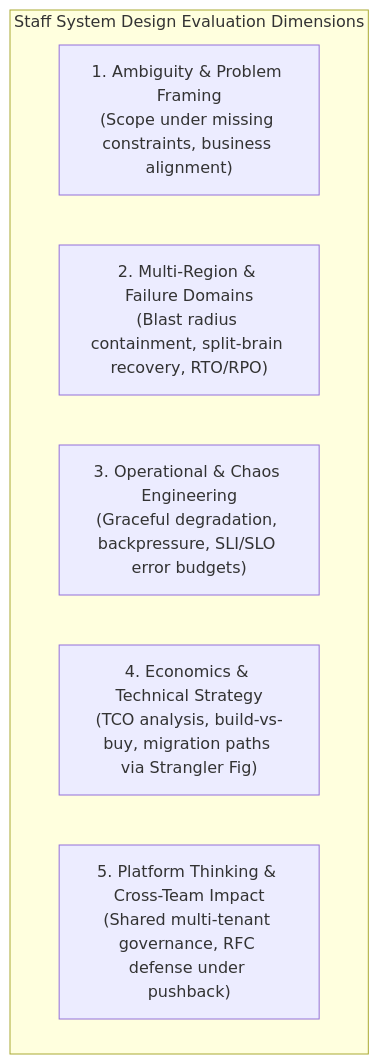
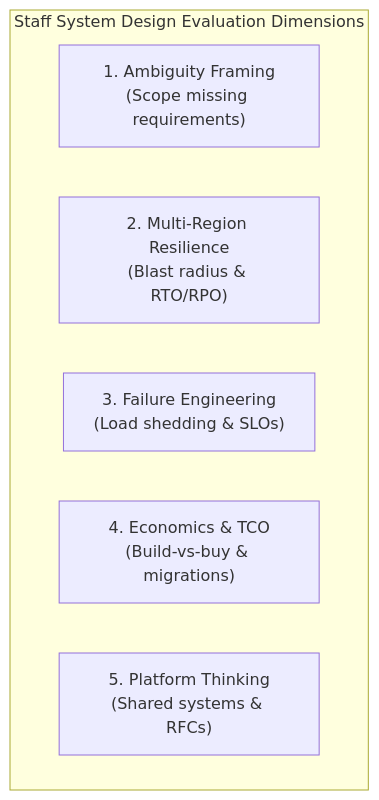
Before and after one commit to Sourav108/strivers-lld: the diagram in strivers-hld/README.md, drawn with Mermaid. The commit also changed 39 other files, not shown here.

Commit message:
fix(mermaid): wrap node labels, simplify diamonds, and reformat wide diagrams for perfect GitHub rendering

````diff
--- a/strivers-hld/README.md
+++ b/strivers-hld/README.md
@@ -14,10 +14,10 @@
 ```mermaid
 flowchart TD
     subgraph StaffSignals["Staff System Design Evaluation Dimensions"]
-        A["1. Ambiguity & Problem Framing<br/>(Scope under missing constraints, business alignment)"]
-        B["2. Multi-Region & Failure Domains<br/>(Blast radius containment, split-brain recovery, RTO/RPO)"]
-        C["3. Operational & Chaos Engineering<br/>(Graceful degradation, backpressure, SLI/SLO error budgets)"]
-        D["4. Economics & Technical Strategy<br/>(TCO analysis, build-vs-buy, migration paths via Strangler Fig)"]
-        E["5. Platform Thinking & Cross-Team Impact<br/>(Shared multi-tenant governance, RFC defense under pushback)"]
+        A["1. Ambiguity Framing<br/>(Scope missing requirements)"]
+        B["2. Multi-Region Resilience<br/>(Blast radius & RTO/RPO)"]
+        C["3. Failure Engineering<br/>(Load shedding & SLOs)"]
+        D["4. Economics & TCO<br/>(Build-vs-buy & migrations)"]
+        E["5. Platform Thinking<br/>(Shared systems & RFCs)"]
     end
 ```
````
